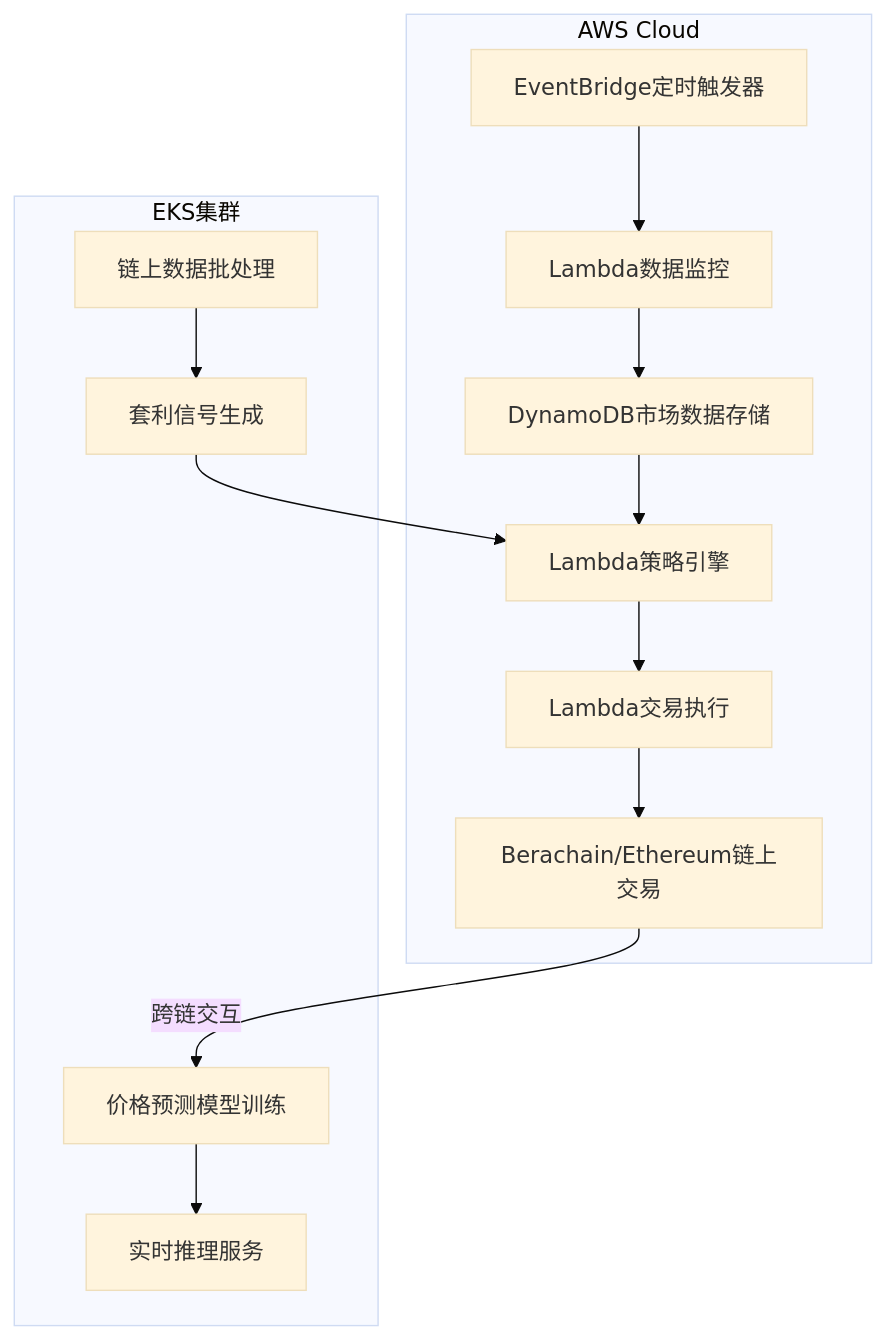
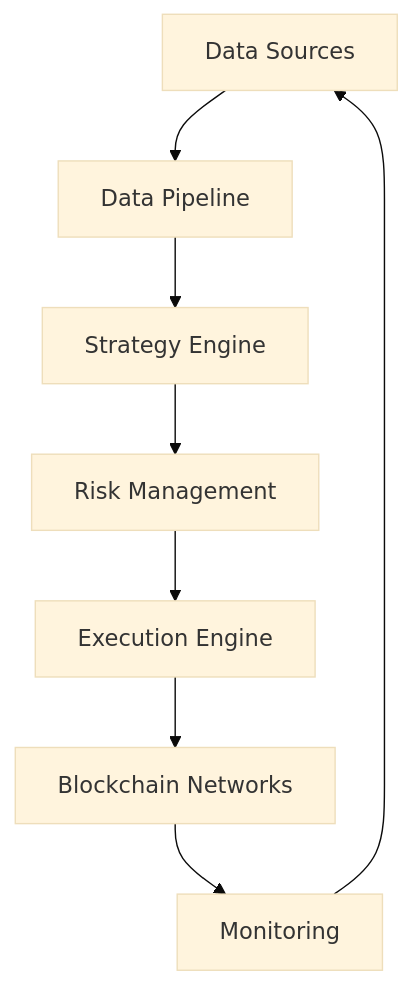
One commit to williamwxz/defi-kaiser changed the first of 2 diagrams in README.md. Above: the diagram before and after it, drawn with Mermaid (base theme). The commit also changed other lines of this file and 23 other files, not shown here.

````diff
--- a/README.md
+++ b/README.md
@@ -11,17 +9,10 @@
 ```mermaid
-%% 完整系统架构图
-graph TB
-    subgraph AWS Cloud
-        A[EventBridge定时触发器] --> B[Lambda数据监控]
-        B --> C[DynamoDB市场数据存储]
-        C --> D[Lambda策略引擎]
-        D --> E[Lambda交易执行]
-        E --> F[Berachain/Ethereum链上交易]
-    end
-    subgraph EKS集群
-        G[价格预测模型训练] --> H[实时推理服务]
-        I[链上数据批处理] --> J[套利信号生成]
-    end
-    F -->|跨链交互| G
-    J --> D
+graph TD
+  A[Data Sources] --> B[Data Pipeline]
+  B --> C[Strategy Engine]
+  C --> D[Risk Management]
+  D --> E[Execution Engine]
+  E --> F[Blockchain Networks]
+  F --> G[Monitoring]
+  G --> A
 ```
````
